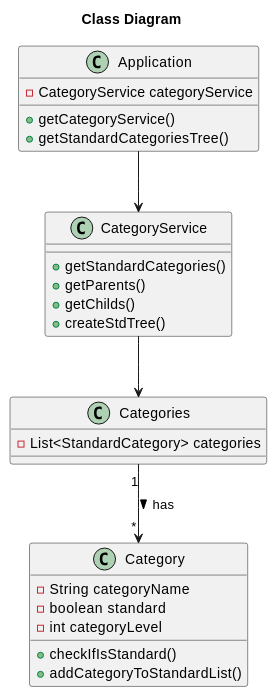
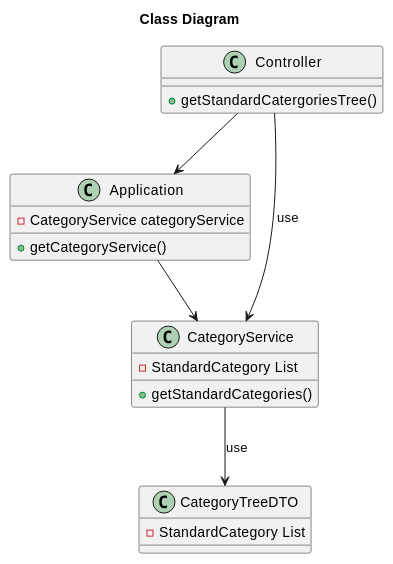
Before and after one commit to tomas-osswald/switch_2020_g3: the second of 2 diagrams in docs/sprint1/user_stories/US002_GetStandardCategoriesTree.md, drawn with PlantUML. The commit also changed other lines of this file, not shown here.

````diff
--- a/docs/sprint1/user_stories/US002_GetStandardCategoriesTree.md
+++ b/docs/sprint1/user_stories/US002_GetStandardCategoriesTree.md
@@ -89,32 +93,28 @@
 ```puml
 title Class Diagram
+
+class Controller {
++getStandardCatergoriesTree()
+}
 
 class Application {
   - CategoryService categoryService
   + getCategoryService()
-  + getStandardCategoriesTree()
-  }
+ }
 
 class CategoryService {
+- StandardCategory List
   + getStandardCategories()
-  + getParents()
-  + getChilds()
-  + createStdTree()
 }
 
-class Categories {
-  - List<StandardCategory> categories
- }
- 
-class Category {
-  - String categoryName
-  - boolean standard
-  - int categoryLevel
-  + checkIfIsStandard()
-  + addCategoryToStandardList()
+class CategoryTreeDTO {
+- StandardCategory List
 }
 
+
+Controller --> Application
+Controller --> CategoryService : use
 Application --> CategoryService
-CategoryService --> Categories
-Categories "1"  --> "*" Category  : has >
+CategoryService --> CategoryTreeDTO : use
+
 ```
````
